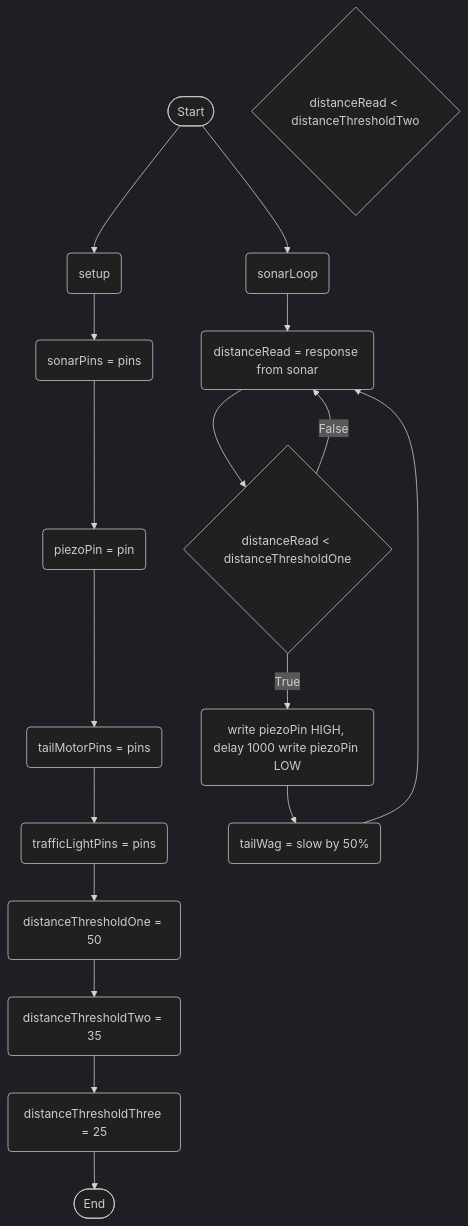
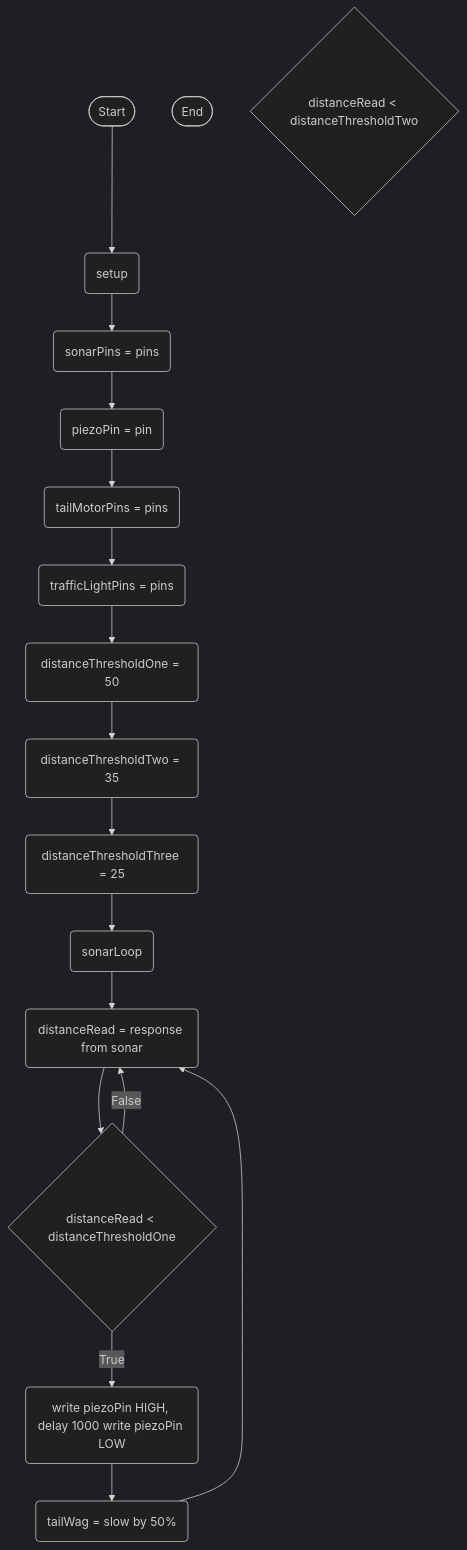
One commit to Deltace05/SmartDog changed the diagram in logic.md. Above: the diagram before and after it, drawn with Mermaid (dark theme).

````diff
--- a/logic.md
+++ b/logic.md
@@ -1,37 +1,36 @@
 ```mermaid
 flowchart TD
 terminalStart([Start])
 terminalEnd([End])
 setupStart(setup)
 setSonarRead(sonarPins = pins)
 setPiezoPin(piezoPin = pin)
 setTail(tailMotorPins = pins)
 setLight(trafficLightPins = pins)
 thresholdSetOne(distanceThresholdOne = 50)
 thresholdSetTwo(distanceThresholdTwo = 35)
 thresholdSetThree(distanceThresholdThree = 25)
 currentDistanceReading(distanceRead = response from sonar)
 ifDistanceLessThanThresholdOne{distanceRead < distanceThresholdOne}
 ifDistanceLessThanThresholdTwo{distanceRead < distanceThresholdTwo}
 piezoOneBuzz(write piezoPin HIGH, delay 1000 write piezoPin LOW)
 tailSlow(tailWag = slow by 50%)
 sonarStart(sonarLoop)
 
 terminalStart --> setupStart
 setupStart --> setSonarRead
 setSonarRead --> setPiezoPin
 setPiezoPin --> setTail
 setTail --> setLight
 setLight --> thresholdSetOne
 thresholdSetOne --> thresholdSetTwo
 thresholdSetTwo --> thresholdSetThree
-thresholdSetThree --> terminalEnd
+thresholdSetThree --> sonarStart
 
-terminalStart --> sonarStart
 sonarStart --> currentDistanceReading
 currentDistanceReading --> ifDistanceLessThanThresholdOne
 ifDistanceLessThanThresholdOne --> |True| piezoOneBuzz
 piezoOneBuzz --> tailSlow
 tailSlow --> currentDistanceReading
 ifDistanceLessThanThresholdOne --> |False| currentDistanceReading
 ```
````
